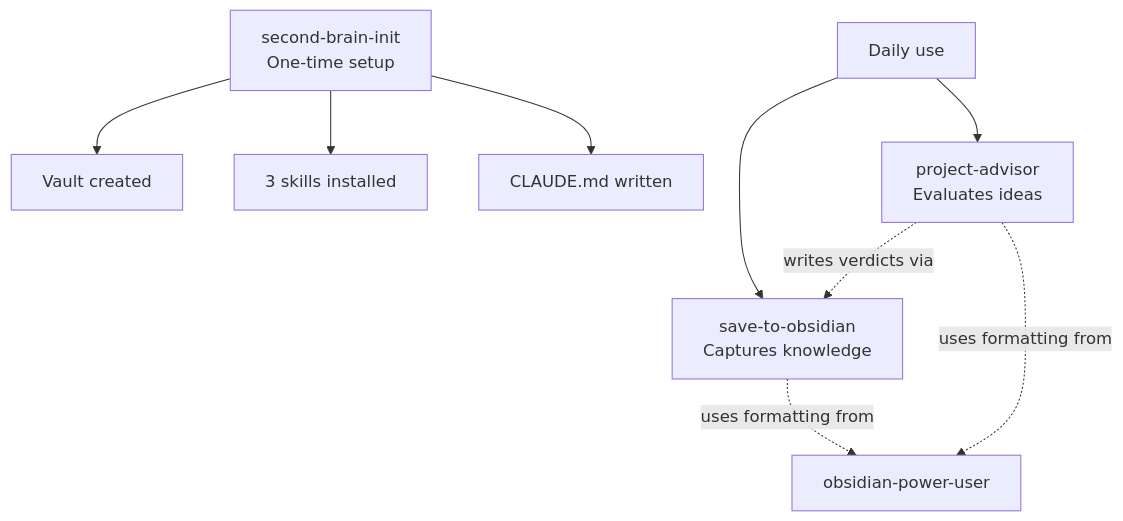
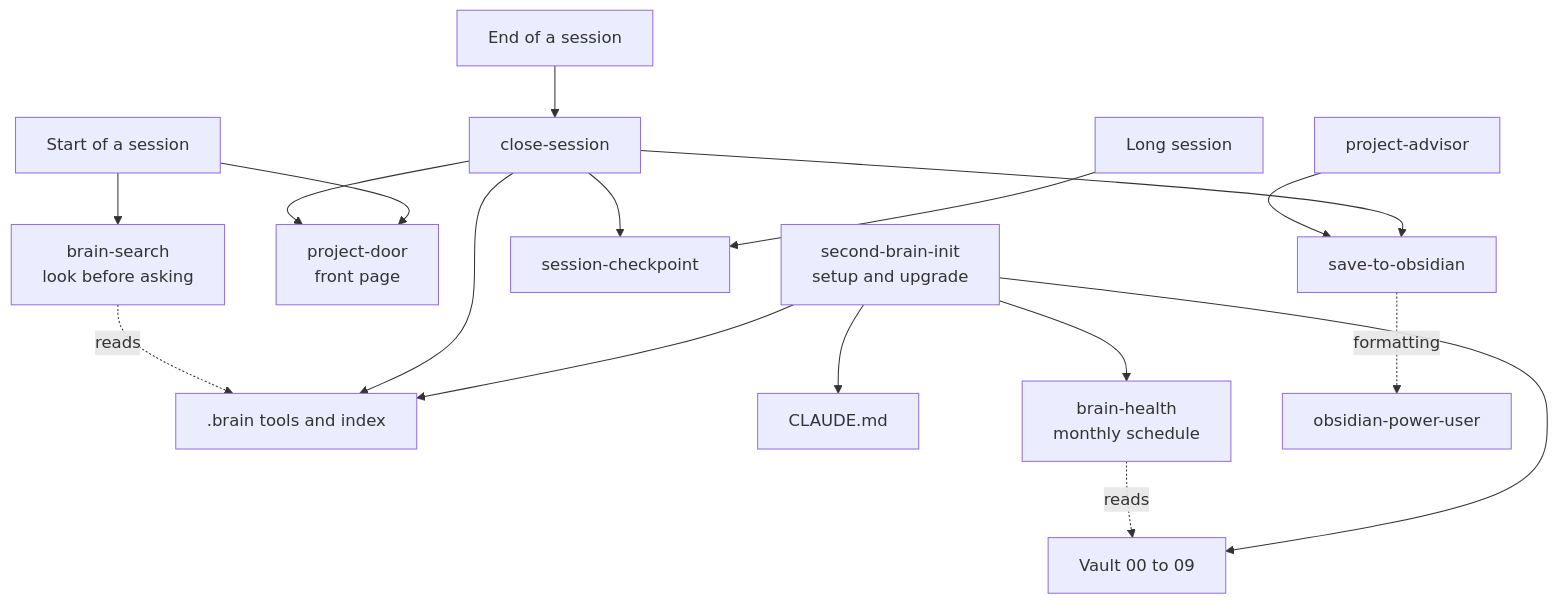
One commit to herreraspaintingba-hub/second-brain-starter-kit changed the diagram in skills/README.md. Above: the diagram before and after it, drawn with Mermaid. The commit also changed other lines of this file and 33 other files, not shown here.

First line of the commit message:
v2.0: nine skills, brain tools, link rules and frontmatter contract

````diff
--- a/skills/README.md
+++ b/skills/README.md
@@ -65,13 +48,21 @@
 ```mermaid
 graph TD
-    Init[second-brain-init<br/>One-time setup] --> Vault[Vault created]
-    Init --> Install[3 skills installed]
-    Init --> Config[CLAUDE.md written]
+    Init[second-brain-init<br/>setup and upgrade] --> Vault[Vault 00 to 09]
+    Init --> Tools[.brain tools and index]
+    Init --> Config[CLAUDE.md]
+    Init --> Health[brain-health<br/>monthly schedule]
 
-    User[Daily use] --> Save[save-to-obsidian<br/>Captures knowledge]
-    User --> Advisor[project-advisor<br/>Evaluates ideas]
+    Start[Start of a session] --> Door[project-door<br/>front page]
+    Start --> Search[brain-search<br/>look before asking]
+    Work[Long session] --> Check[session-checkpoint]
+    End[End of a session] --> Close[close-session]
+    Close --> Check
+    Close --> Door
+    Close --> Save[save-to-obsidian]
+    Close --> Tools
 
-    Save -.uses formatting from.-> Power[obsidian-power-user]
-    Advisor -.writes verdicts via.-> Save
-    Advisor -.uses formatting from.-> Power
+    Advisor[project-advisor] --> Save
+    Save -. formatting .-> Power[obsidian-power-user]
+    Health -. reads .-> Vault
+    Search -. reads .-> Tools
 ```
````
